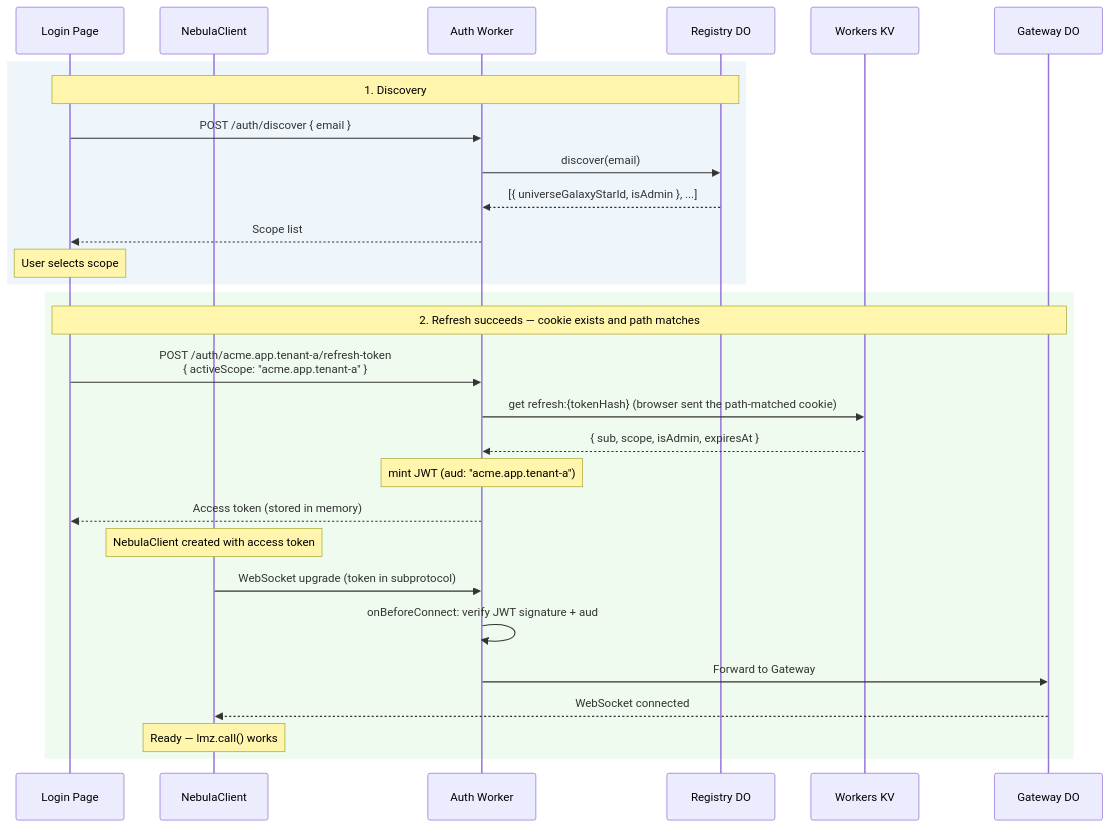
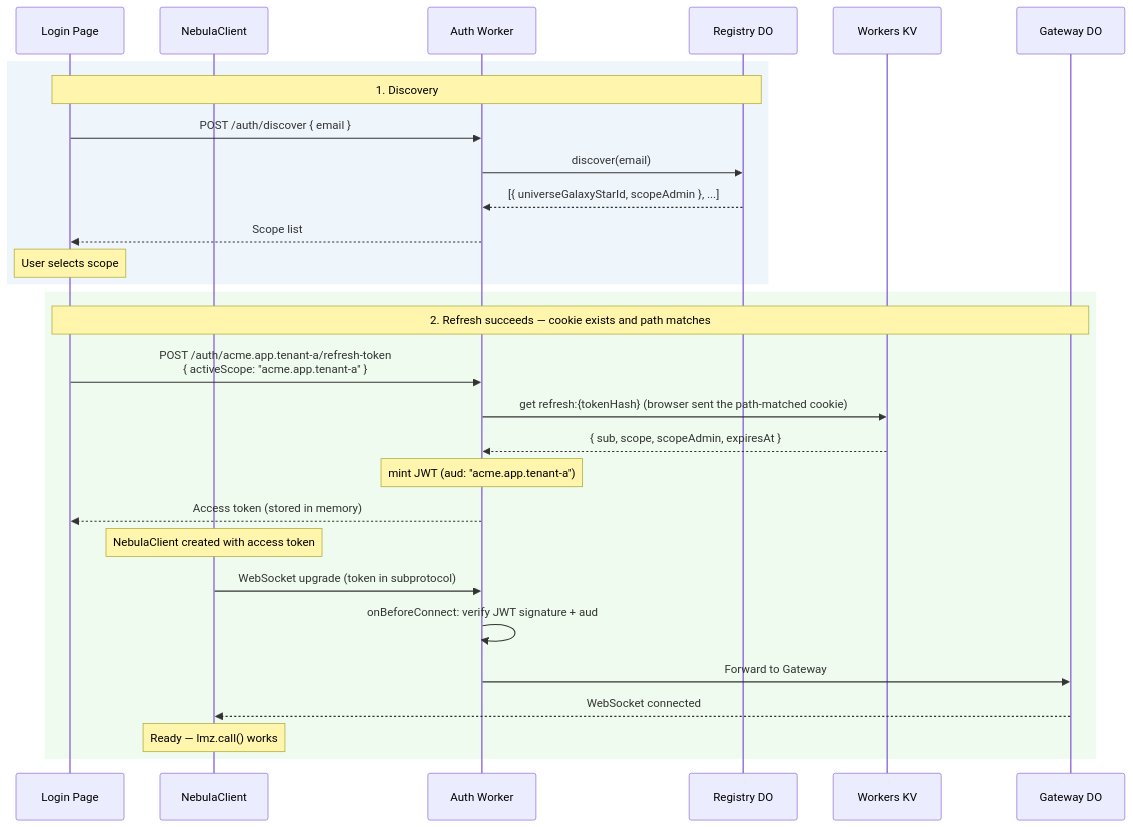
One commit to lumenize/lumenize changed the second of 6 diagrams in website/docs/nebula/auth-flows.md. Above: the diagram before and after it, drawn with Mermaid. The commit also changed other lines of this file and 2 other files, not shown here.

First line of the commit message:
docs: propagate the own-scope invite rule

````diff
--- a/website/docs/nebula/auth-flows.md
+++ b/website/docs/nebula/auth-flows.md
@@ -102,33 +102,33 @@
 ```mermaid
 sequenceDiagram
     participant UI as Login Page
     participant NC as NebulaClient
     participant W as Auth Worker
     participant R as Registry DO
     participant KV as Workers KV
     participant GW as Gateway DO
 
     rect rgba(200, 220, 240, 0.3)
         Note over UI,R: 1. Discovery
         UI->>W: POST /auth/discover { email }
         W->>R: discover(email)
-        R-->>W: [{ universeGalaxyStarId, isAdmin }, ...]
+        R-->>W: [{ universeGalaxyStarId, scopeAdmin }, ...]
         W-->>UI: Scope list
         Note over UI: User selects scope
     end
 
     rect rgba(200, 240, 200, 0.3)
         Note over UI,GW: 2. Refresh succeeds — cookie exists and path matches
         UI->>W: POST /auth/acme.app.tenant-a/refresh-token<br/>{ activeScope: "acme.app.tenant-a" }
         W->>KV: get refresh:{tokenHash} (browser sent the path-matched cookie)
-        KV-->>W: { sub, scope, isAdmin, expiresAt }
+        KV-->>W: { sub, scope, scopeAdmin, expiresAt }
         Note over W: mint JWT (aud: "acme.app.tenant-a")
         W-->>UI: Access token (stored in memory)
         Note over NC: NebulaClient created with access token
         NC->>W: WebSocket upgrade (token in subprotocol)
         W->>W: onBeforeConnect: verify JWT signature + aud
         W->>GW: Forward to Gateway
         GW-->>NC: WebSocket connected
         Note over NC: Ready — lmz.call() works
     end
 ```
````
